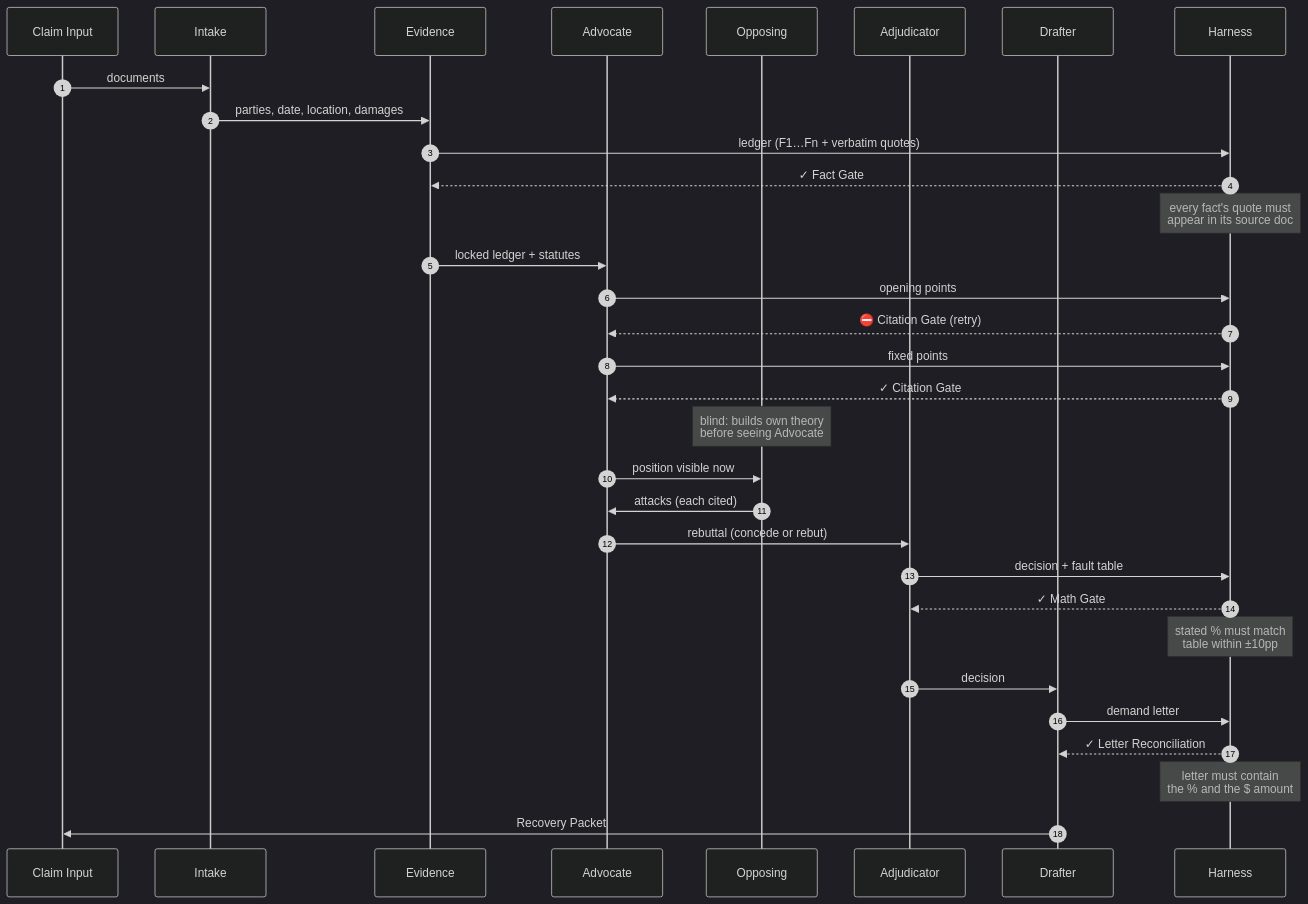
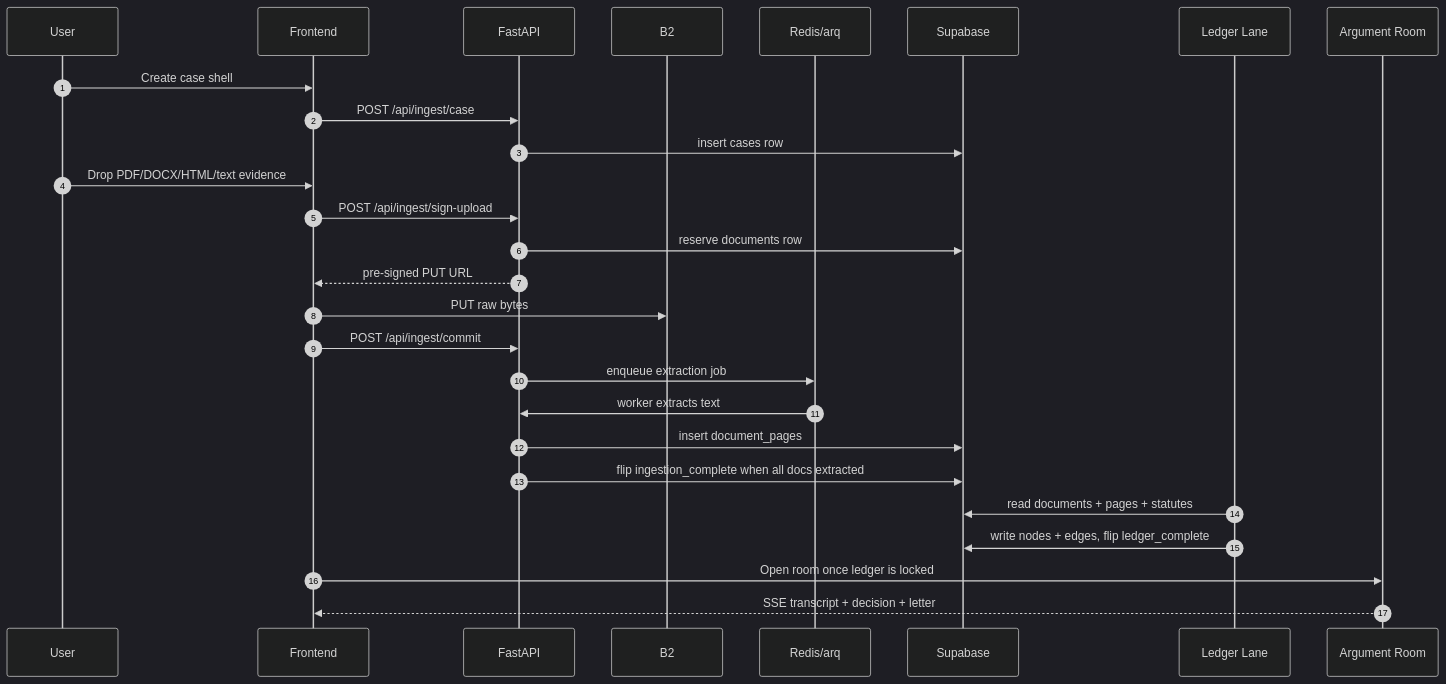
One commit to DevMhrn/argue-d-agent changed the second of 2 diagrams in docs/architecture.md. Above: the diagram before and after it, drawn with Mermaid (dark theme). The commit also changed other lines of this file and 28 other files, not shown here.

````diff
--- a/docs/architecture.md
+++ b/docs/architecture.md
@@ -63,40 +51,30 @@
 ```mermaid
 sequenceDiagram
   autonumber
-  participant C as Claim Input
-  participant I as Intake
-  participant E as Evidence
-  participant A as Advocate
-  participant O as Opposing
-  participant J as Adjudicator
-  participant D as Drafter
-  participant H as Harness
+  participant U as User
+  participant F as Frontend
+  participant A as FastAPI
+  participant B as B2
+  participant Q as Redis/arq
+  participant D as Supabase
+  participant L as Ledger Lane
+  participant R as Argument Room
 
-  C->>I: documents
-  I->>E: parties, date, location, damages
-  E->>H: ledger (F1…Fn + verbatim quotes)
-  H-->>E: ✓ Fact Gate
-  Note over H: every fact's quote must<br/>appear in its source doc
-
-  E->>A: locked ledger + statutes
-  A->>H: opening points
-  H-->>A: ⛔ Citation Gate (retry)
-  A->>H: fixed points
-  H-->>A: ✓ Citation Gate
-
-  Note over O: blind: builds own theory<br/>before seeing Advocate
-  A->>O: position visible now
-  O->>A: attacks (each cited)
-
-  A->>J: rebuttal (concede or rebut)
-  J->>H: decision + fault table
-  H-->>J: ✓ Math Gate
-  Note over H: stated % must match<br/>table within ±10pp
-
-  J->>D: decision
-  D->>H: demand letter
-  H-->>D: ✓ Letter Reconciliation
-  Note over H: letter must contain<br/>the % and the $ amount
-
-  D->>C: Recovery Packet
+  U->>F: Create case shell
+  F->>A: POST /api/ingest/case
+  A->>D: insert cases row
+  U->>F: Drop PDF/DOCX/HTML/text evidence
+  F->>A: POST /api/ingest/sign-upload
+  A->>D: reserve documents row
+  A-->>F: pre-signed PUT URL
+  F->>B: PUT raw bytes
+  F->>A: POST /api/ingest/commit
+  A->>Q: enqueue extraction job
+  Q->>A: worker extracts text
+  A->>D: insert document_pages
+  A->>D: flip ingestion_complete when all docs extracted
+  L->>D: read documents + pages + statutes
+  L->>D: write nodes + edges, flip ledger_complete
+  F->>R: Open room once ledger is locked
+  R-->>F: SSE transcript + decision + letter
 ```
````
